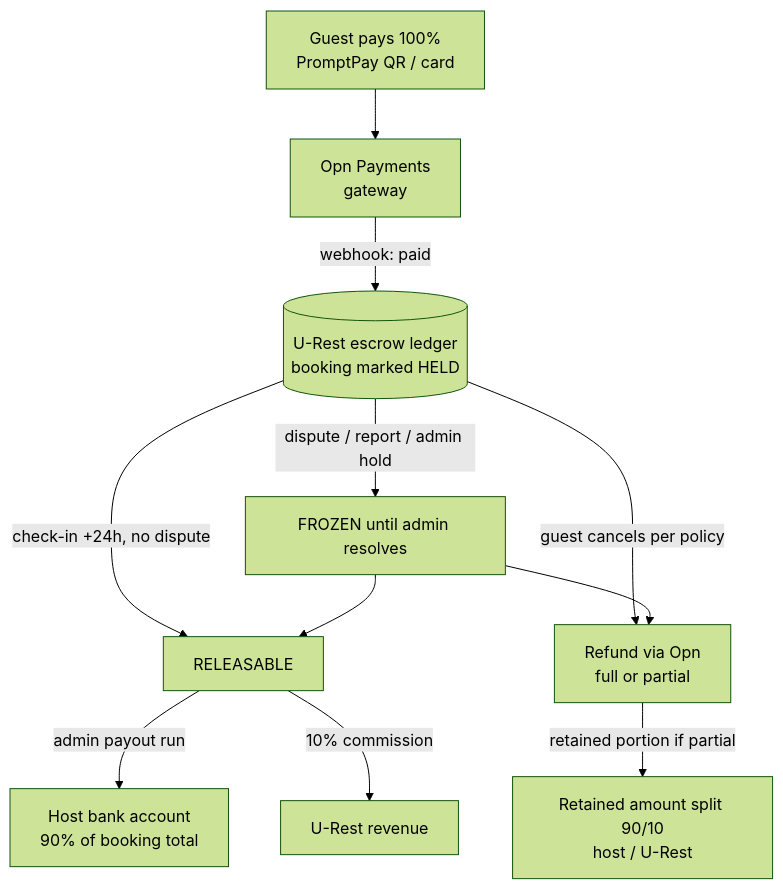
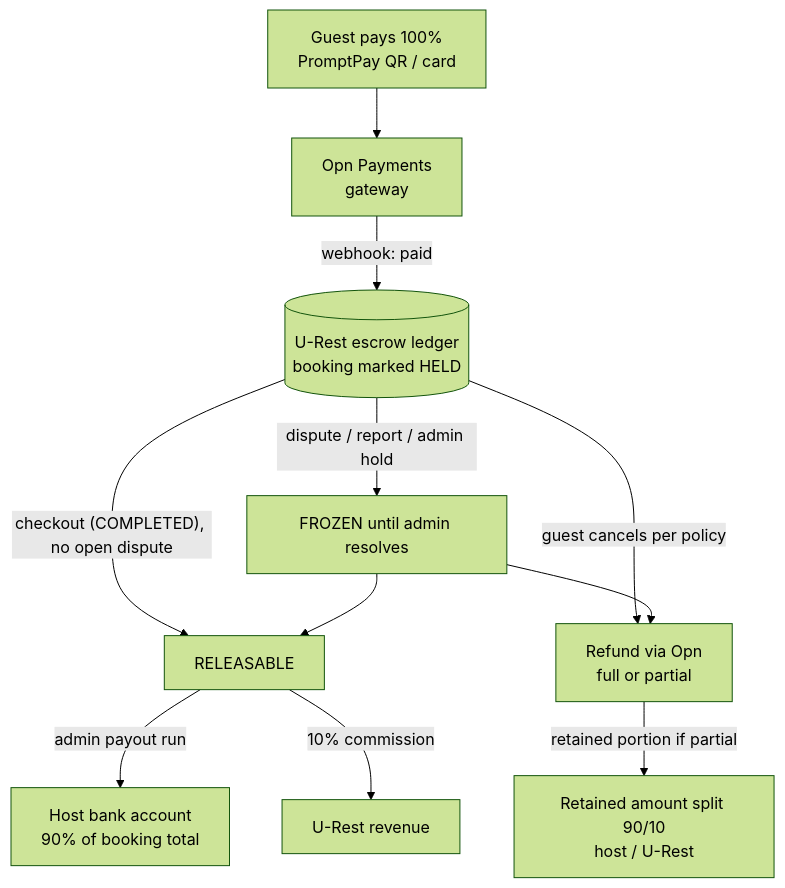
One commit to Web-URest/URest changed the third of 3 diagrams in PRODUCT_FLOWS.md. Above: the diagram before and after it, drawn with Mermaid (forest theme). The commit also changed other lines of this file and 33 other files, not shown here.

````diff
--- a/PRODUCT_FLOWS.md
+++ b/PRODUCT_FLOWS.md
@@ -100,13 +100,13 @@
 ```mermaid
 flowchart TD
     G["Guest pays 100%<br/>PromptPay QR / card"] --> OPN["Opn Payments<br/>gateway"]
     OPN -->|"webhook: paid"| LED[("U-Rest escrow ledger<br/>booking marked HELD")]
-    LED -->|"check-in +24h, no dispute"| REL[RELEASABLE]
+    LED -->|"checkout (COMPLETED), no open dispute"| REL[RELEASABLE]
     REL -->|"admin payout run"| HOST["Host bank account<br/>90% of booking total"]
     REL -->|"10% commission"| UREST[U-Rest revenue]
     LED -->|"guest cancels per policy"| REF["Refund via Opn<br/>full or partial"]
     REF -->|"retained portion if partial"| SPLIT["Retained amount split 90/10<br/>host / U-Rest"]
     LED -->|"dispute / report / admin hold"| FRZ[FROZEN until admin resolves]
     FRZ --> REL
     FRZ --> REF
 ```
````
